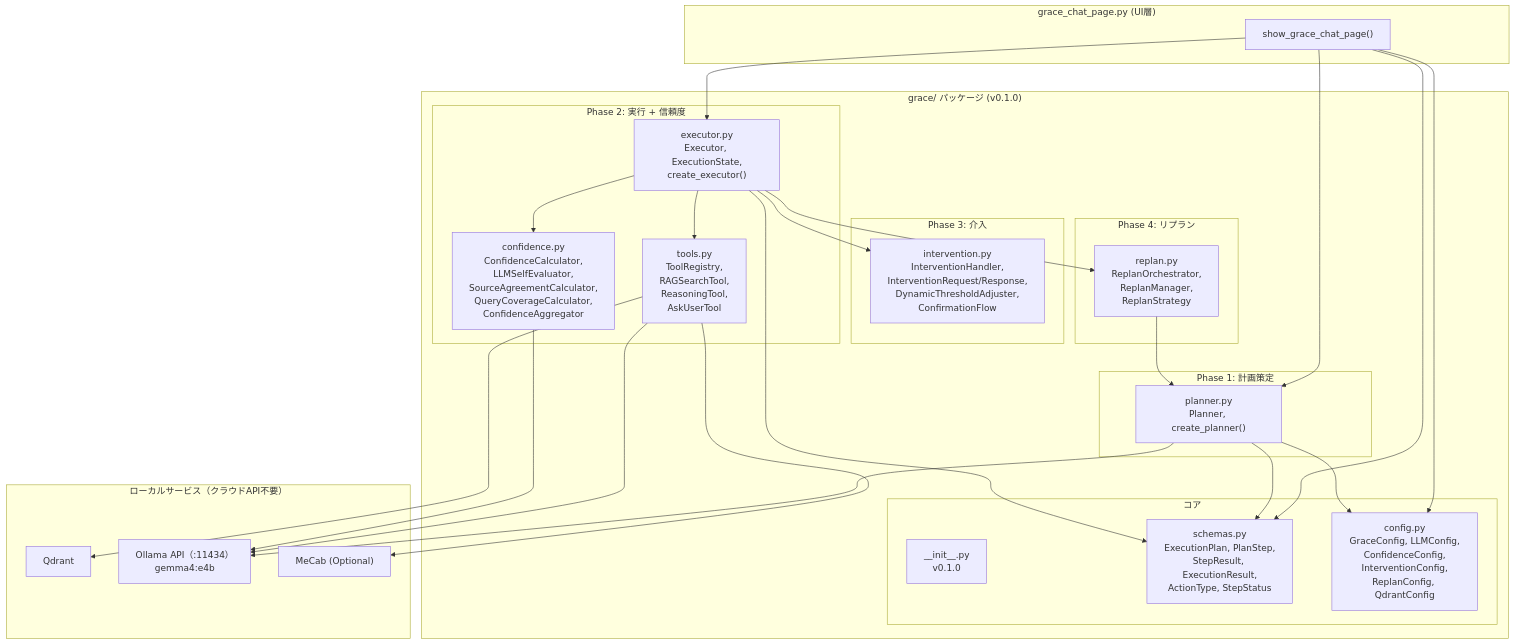
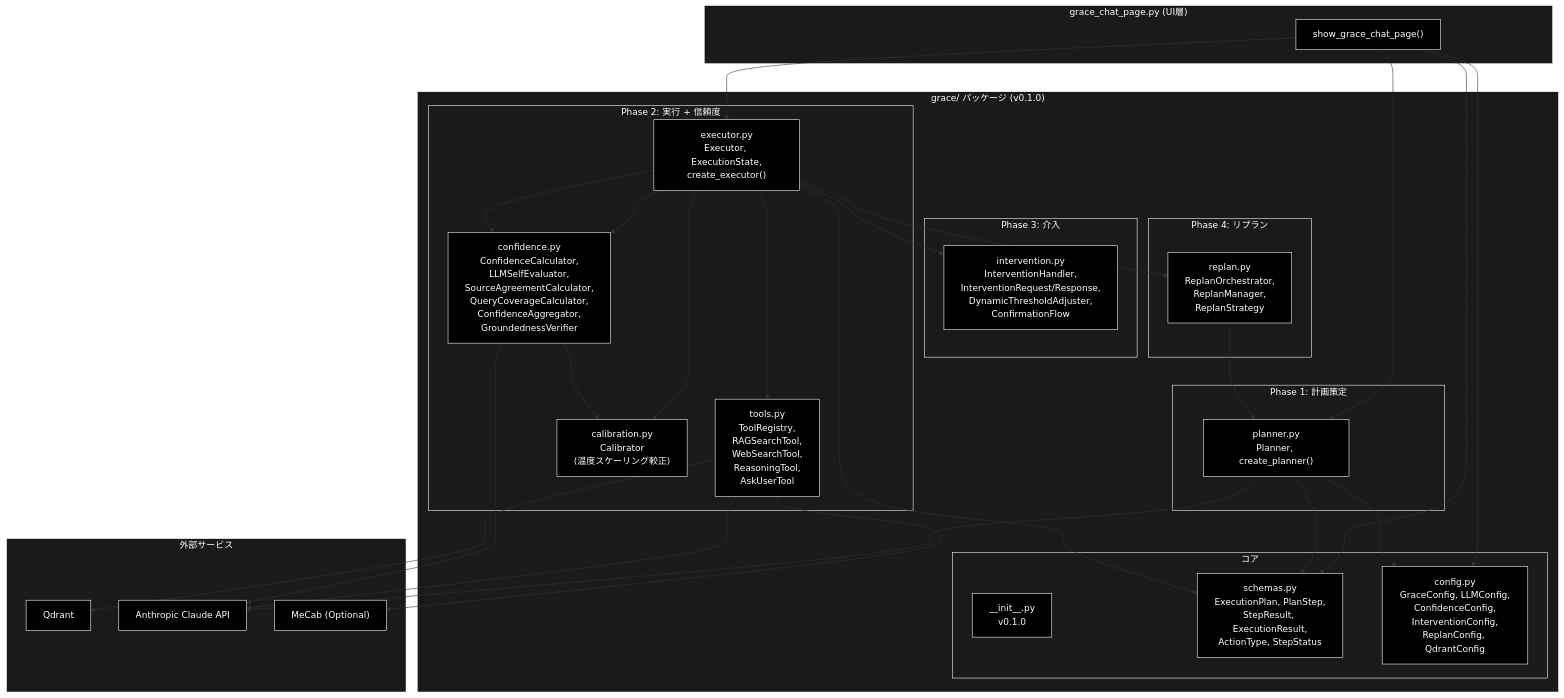
One commit to nakashima2toshio/ollama_grace_agent_v2 changed the ninth of 13 diagrams in readme_autonomous_agent.md. Above: the diagram before and after it, drawn with Mermaid. The commit also changed other lines of this file and 7 other files, not shown here.

````diff
--- a/readme_autonomous_agent.md
+++ b/readme_autonomous_agent.md
@@ -1066,60 +1137,75 @@
 ```mermaid
 flowchart TB
     subgraph UI["grace_chat_page.py (UI層)"]
         Page["show_grace_chat_page()"]
     end
 
     subgraph GracePackage["grace/ パッケージ (v0.1.0)"]
         subgraph Core["コア"]
             Init["__init__.py<br/>v0.1.0"]
             Schemas["schemas.py<br/>ExecutionPlan, PlanStep,<br/>StepResult, ExecutionResult,<br/>ActionType, StepStatus"]
             Config["config.py<br/>GraceConfig, LLMConfig,<br/>ConfidenceConfig,<br/>InterventionConfig,<br/>ReplanConfig, QdrantConfig"]
         end
 
         subgraph Phase1["Phase 1: 計画策定"]
             PlannerMod["planner.py<br/>Planner, create_planner()"]
         end
 
         subgraph Phase2["Phase 2: 実行 + 信頼度"]
             ExecutorMod["executor.py<br/>Executor, ExecutionState,<br/>create_executor()"]
-            ToolsMod["tools.py<br/>ToolRegistry,<br/>RAGSearchTool,<br/>ReasoningTool,<br/>AskUserTool"]
-            ConfMod["confidence.py<br/>ConfidenceCalculator,<br/>LLMSelfEvaluator,<br/>SourceAgreementCalculator,<br/>QueryCoverageCalculator,<br/>ConfidenceAggregator"]
+            ToolsMod["tools.py<br/>ToolRegistry,<br/>RAGSearchTool,<br/>WebSearchTool,<br/>ReasoningTool,<br/>AskUserTool"]
+            ConfMod["confidence.py<br/>ConfidenceCalculator,<br/>LLMSelfEvaluator,<br/>SourceAgreementCalculator,<br/>QueryCoverageCalculator,<br/>ConfidenceAggregator,<br/>GroundednessVerifier"]
+            CalibMod["calibration.py<br/>Calibrator<br/>(温度スケーリング較正)"]
         end
 
         subgraph Phase3["Phase 3: 介入"]
             IntervMod["intervention.py<br/>InterventionHandler,<br/>InterventionRequest/Response,<br/>DynamicThresholdAdjuster,<br/>ConfirmationFlow"]
         end
 
         subgraph Phase4["Phase 4: リプラン"]
             ReplanMod["replan.py<br/>ReplanOrchestrator,<br/>ReplanManager,<br/>ReplanStrategy"]
         end
     end
 
-    subgraph External["ローカルサービス（クラウドAPI不要）"]
+    subgraph External["外部サービス"]
         Qdrant["Qdrant"]
-        Ollama["Ollama API（:11434）<br/>gemma4:e4b"]
+        Claude["Anthropic Claude API"]
         MeCab["MeCab (Optional)"]
     end
 
     Page --> PlannerMod
     Page --> ExecutorMod
     Page --> Schemas
     Page --> Config
 
     PlannerMod --> Schemas
     PlannerMod --> Config
-    PlannerMod --> Ollama
+    PlannerMod --> Claude
 
     ExecutorMod --> ToolsMod
     ExecutorMod --> ConfMod
     ExecutorMod --> IntervMod
     ExecutorMod --> ReplanMod
     ExecutorMod --> Schemas
 
     ToolsMod --> Qdrant
-    ToolsMod --> Ollama
+    ToolsMod --> Claude
     ToolsMod --> MeCab
 
-    ConfMod --> Ollama
+    ConfMod --> Claude
+    ExecutorMod --> ConfMod
+    ExecutorMod --> CalibMod
+    ConfMod --> CalibMod
     ReplanMod --> PlannerMod
+classDef default fill:#000,stroke:#fff,color:#fff
+classDef subgraphStyle fill:#1a1a1a,stroke:#fff,color:#fff
+class API,CalibMod,Claude,ConfMod,Config,ExecutorMod,Init,IntervMod,MeCab,Page,PlannerMod,Qdrant,QdrantConfig,ReplanMod,Schemas,StepStatus,ToolsMod,create_planner default
+style UI fill:#1a1a1a,stroke:#fff,color:#fff
+style GracePackage fill:#1a1a1a,stroke:#fff,color:#fff
+style Core fill:#1a1a1a,stroke:#fff,color:#fff
+style Phase1 fill:#1a1a1a,stroke:#fff,color:#fff
+style Phase2 fill:#1a1a1a,stroke:#fff,color:#fff
+style Phase3 fill:#1a1a1a,stroke:#fff,color:#fff
+style Phase4 fill:#1a1a1a,stroke:#fff,color:#fff
+style External fill:#1a1a1a,stroke:#fff,color:#fff
 ```
````
